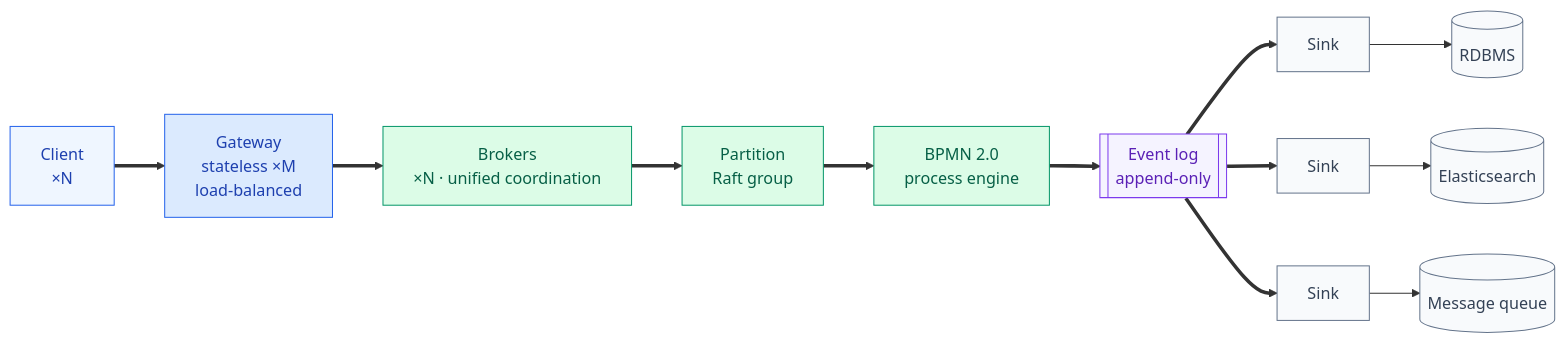
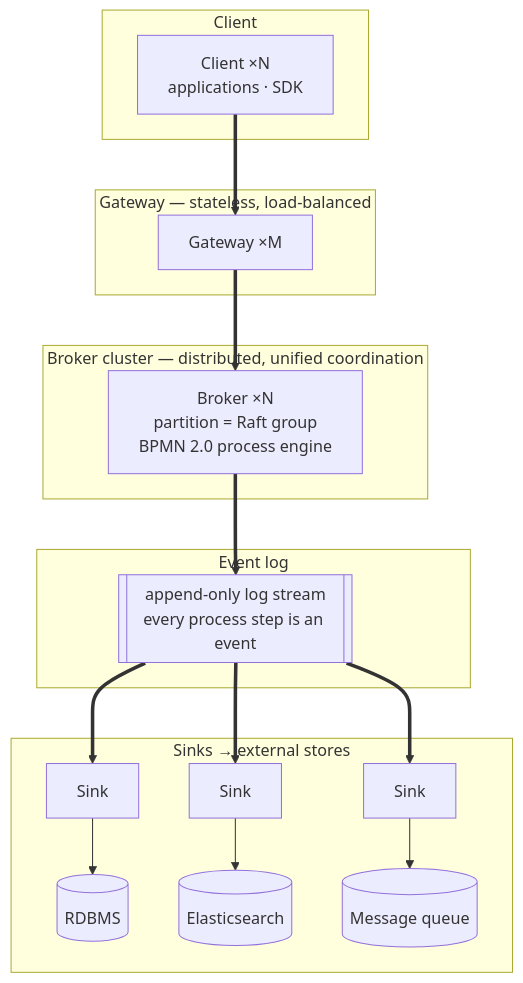
The diagram in README.zh-CN.md (anyilanxin/kunpeng-engine), drawn with Mermaid before and after one commit. The commit also changed 1 other file, not shown here.

Commit message:
docs: reshape README overview diagram into simple layered style
- five full-width layers (client / gateway / broker cluster / event
  log / sinks) stacked top-down with a single spine
- fold partition, Raft group and engine into the broker layer label;
  keep default mermaid styling

````diff
--- a/README.zh-CN.md
+++ b/README.zh-CN.md
@@ -7,22 +7,27 @@
 ```mermaid
-flowchart LR
-  CLI["Client<br/>×N"] ==> GW["Gateway<br/>stateless ×M<br/>load-balanced"]
-  GW ==> BK["Brokers<br/>×N · unified coordination"]
-  BK ==> RG["Partition<br/>Raft group"]
-  RG ==> ENG["BPMN 2.0<br/>process engine"]
-  ENG ==> EL[["Event log<br/>append-only"]]
-  EL ==> S1["Sink"] --> R1[("RDBMS")]
-  EL ==> S2["Sink"] --> R2[("Elasticsearch")]
-  EL ==> S3["Sink"] --> R3[("Message queue")]
+flowchart TB
+  subgraph L1["Client"]
+    CLI["Client ×N<br/>applications · SDK"]
+  end
+  subgraph L2["Gateway — stateless, load-balanced"]
+    GW["Gateway ×M"]
+  end
+  subgraph L3["Broker cluster — distributed, unified coordination"]
+    BK["Broker ×N<br/>partition = Raft group<br/>BPMN 2.0 process engine"]
+  end
+  subgraph L4["Event log"]
+    EL[["append-only log stream<br/>every process step is an event"]]
+  end
+  subgraph L5["Sinks → external stores"]
+    S1["Sink"] --> R1[("RDBMS")]
+    S2["Sink"] --> R2[("Elasticsearch")]
+    S3["Sink"] --> R3[("Message queue")]
+  end
 
-  classDef cli fill:#EFF6FF,stroke:#2563EB,color:#1E40AF
-  classDef gw fill:#DBEAFE,stroke:#2563EB,color:#1E40AF
-  classDef part fill:#DCFCE7,stroke:#059669,color:#065F46
-  classDef log fill:#F5F3FF,stroke:#7C3AED,color:#5B21B6
-  classDef ext fill:#F8FAFC,stroke:#64748B,color:#334155
-  class CLI cli
-  class GW gw
-  class BK,RG,ENG part
-  class EL log
-  class S1,S2,S3,R1,R2,R3 ext
+  CLI ==> GW
+  GW ==> BK
+  BK ==> EL
+  EL ==> S1
+  EL ==> S2
+  EL ==> S3
 ```
````
